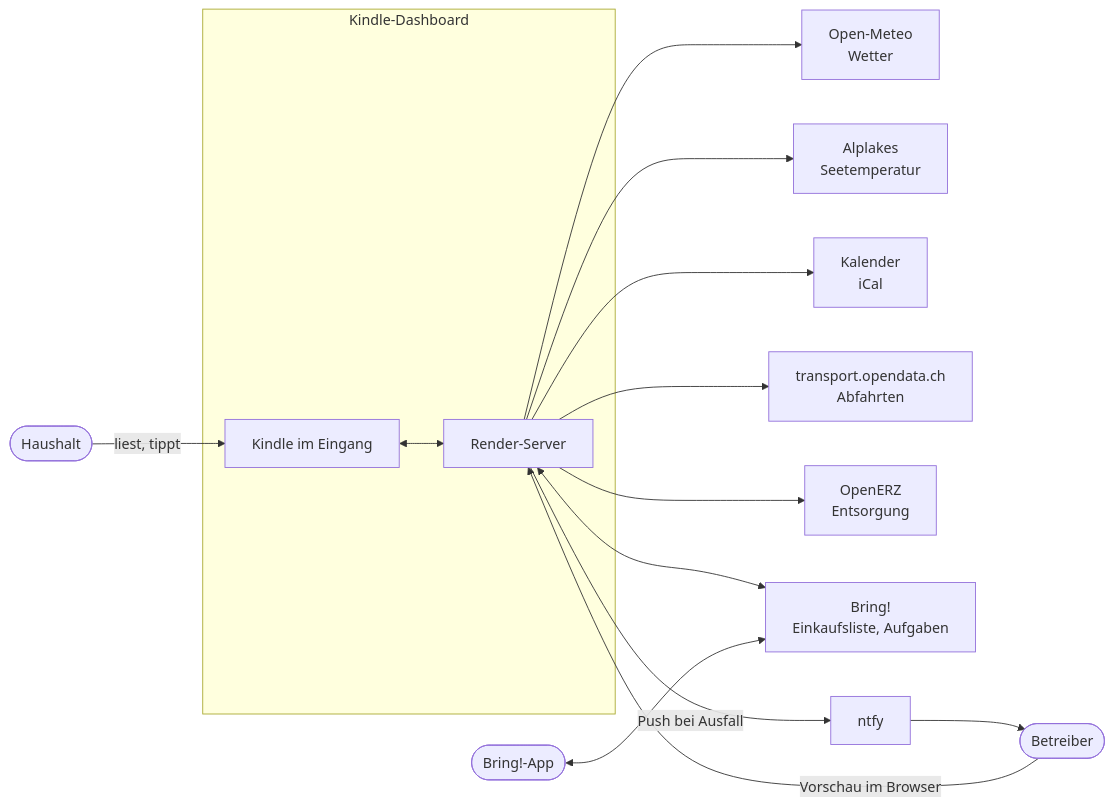
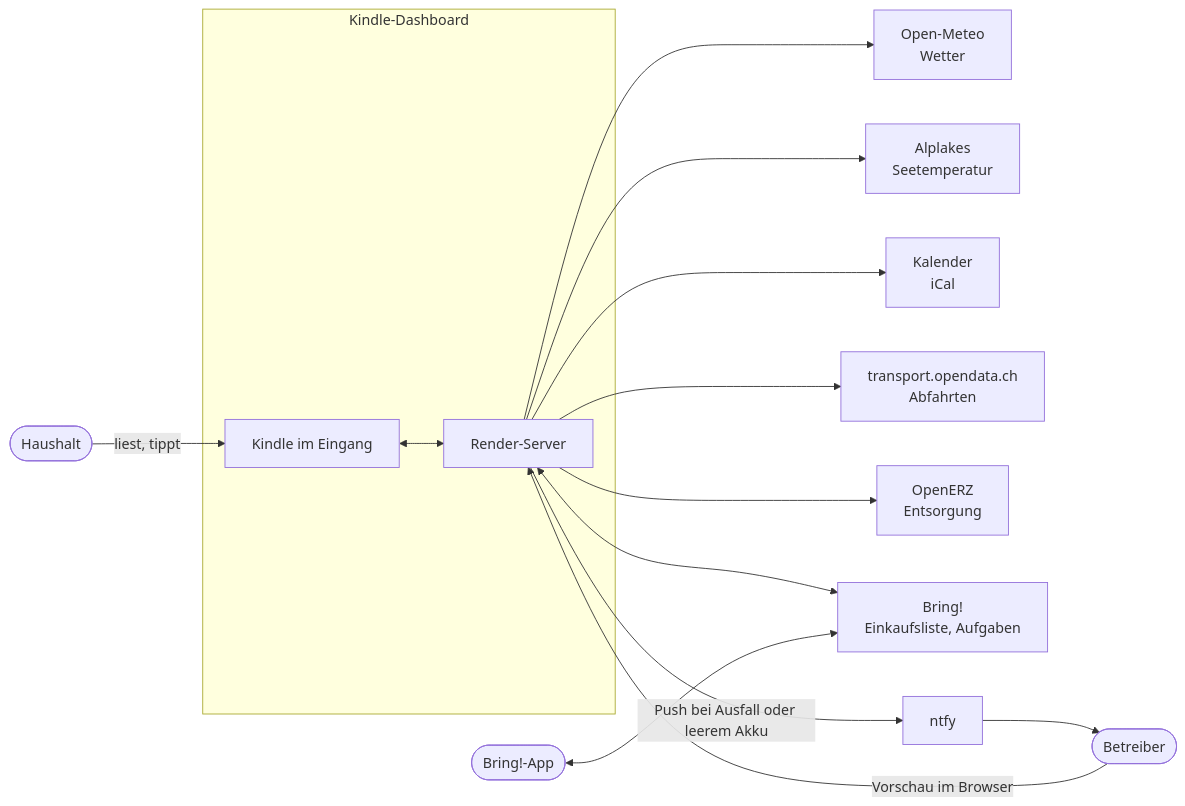
Before and after one commit to pfederi/kindle-dashboard: the first of 10 diagrams in docs/architektur/arc42.md, drawn with Mermaid. The commit also changed other lines of this file and 20 other files, not shown here.

First line of the commit message:
Akkuanzeige ab 20 % und Push-Nachricht bei leerem Akku

````diff
--- a/docs/architektur/arc42.md
+++ b/docs/architektur/arc42.md
@@ -86,19 +86,19 @@
 ```mermaid
 flowchart LR
   user([Haushalt])
   subgraph system [Kindle-Dashboard]
     kindle[Kindle im Eingang]
     server[Render-Server]
   end
   user -- liest, tippt --> kindle
   kindle <--> server
   server --> meteo[Open-Meteo<br/>Wetter]
   server --> alplakes[Alplakes<br/>Seetemperatur]
   server --> ics[Kalender<br/>iCal]
   server --> transport[transport.opendata.ch<br/>Abfahrten]
   server --> erz[OpenERZ<br/>Entsorgung]
   server <--> bring[Bring!<br/>Einkaufsliste, Aufgaben]
   admin([Betreiber]) -- Vorschau im Browser --> server
   bringapp([Bring!-App]) <--> bring
-  server -- Push bei Ausfall --> ntfy[ntfy] --> admin
+  server -- Push bei Ausfall oder leerem Akku --> ntfy[ntfy] --> admin
 ```
````
